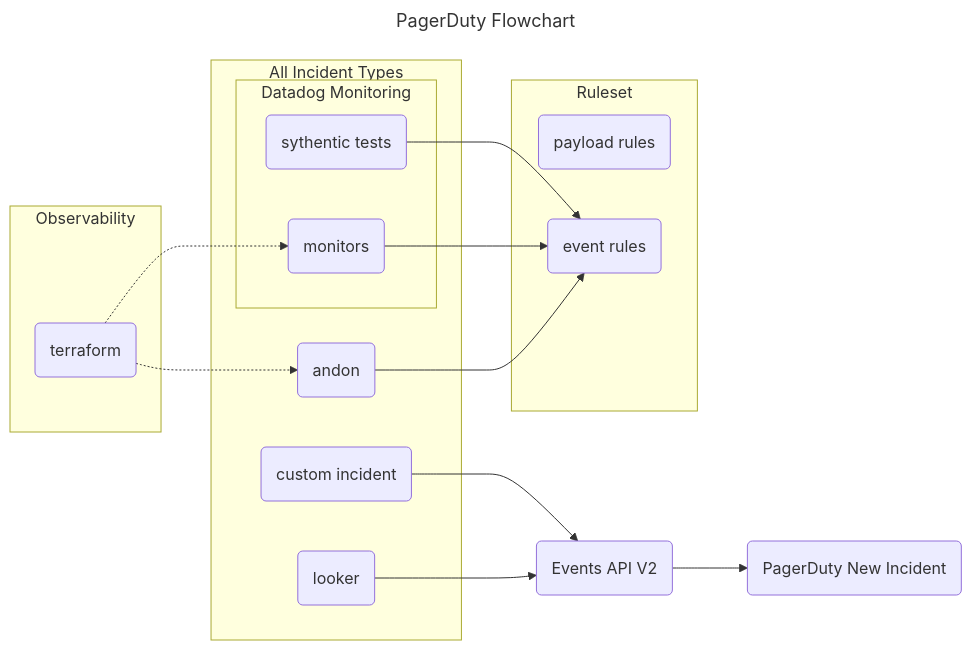
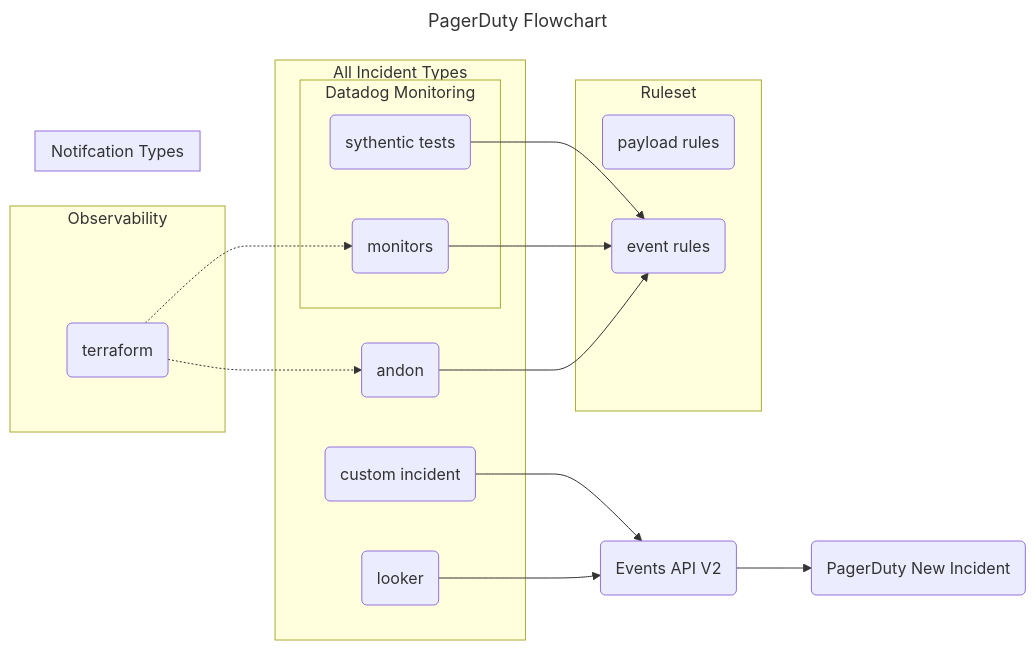
Before and after one commit to jessicahirsch/Mermaid-Diagrams: the diagram in diagrams/diagram2.mmd, drawn with Mermaid.

Commit message:
feat: new Notification Types subgraph

```diff
--- a/diagrams/diagram2.mmd
+++ b/diagrams/diagram2.mmd
@@ -1,34 +1,37 @@
 ---
 title: PagerDuty Flowchart
 ---
 flowchart LR
 
 subgraph Observability
     A(terraform)
 end
 
 subgraph All Incident Types
     subgraph Datadog Monitoring
         B(sythentic tests)
         A(terraform)-.->C(monitors)
     end
     D(andon)
     A(terraform)-.->D(andon)
     E(custom incident)
     F(looker)
 end
 
 E(custom incident)-->G(Events API V2)
 F(looker)-->G(Events API 2)
 
 G(Events API V2)-->H(PagerDuty New Incident)
 
 subgraph Ruleset
     I(payload rules)
     B(sythentic tests)-->J(event rules)
     C(monitors)-->J(event rules)
     D(andon)-->J(event rules)
 end
 
+subgraph Notifcation Types
+end
+
 %% style A fill:#f9f,stroke:#333,stroke-width:4px
 %% style Observability font-weight:bold
```
